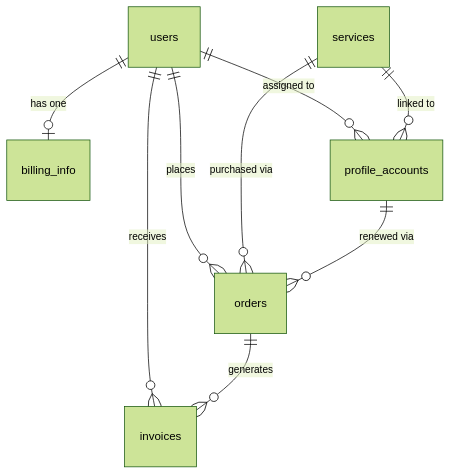
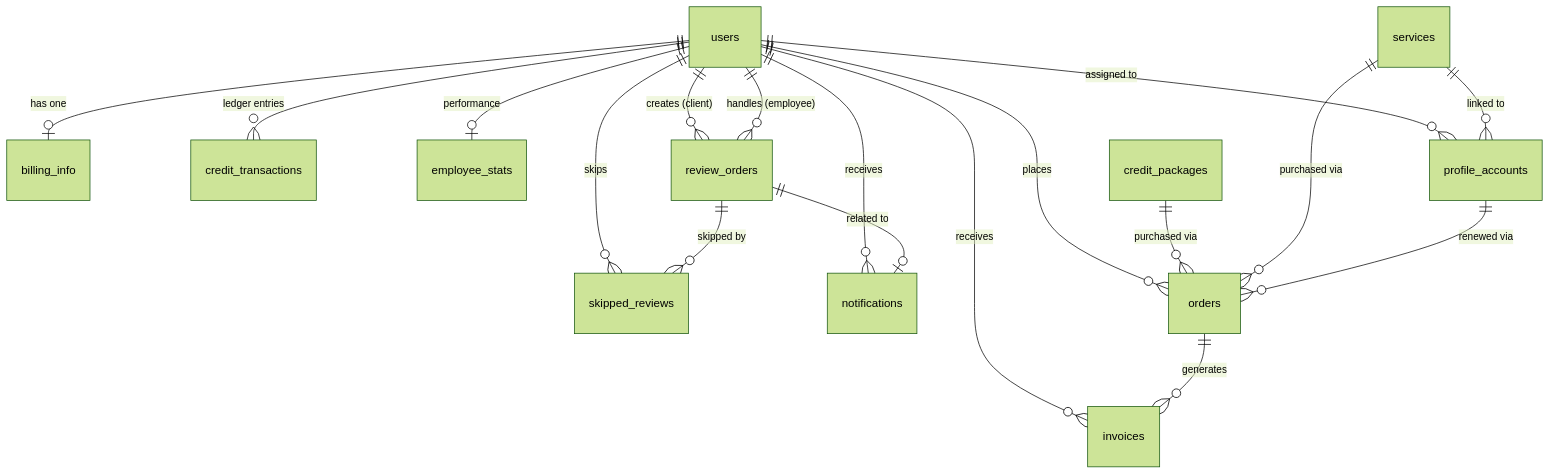
The second of 2 diagrams in README.md (jakarea/boostbuddy-mvp), drawn with Mermaid (forest theme) before and after one commit. The commit also changed other lines of this file and 18 other files, not shown here.

First line of the commit message:
feat: add credits system, reviews workflow, and employee management

````diff
--- a/README.md
+++ b/README.md
@@ -103,13 +130,25 @@
 ```mermaid
 erDiagram
     users ||--o| billing_info : "has one"
+    users ||--o{ credit_transactions : "ledger entries"
+    users ||--o| employee_stats : "performance"
+    users ||--o{ review_orders : "creates (client)"
+    users ||--o{ review_orders : "handles (employee)"
+    users ||--o{ skipped_reviews : "skips"
+    users ||--o{ notifications : "receives"
+
     users ||--o{ profile_accounts : "assigned to"
     users ||--o{ orders : "places"
     users ||--o{ invoices : "receives"
-    
+
+    credit_packages ||--o{ orders : "purchased via"
+
     services ||--o{ profile_accounts : "linked to"
     services ||--o{ orders : "purchased via"
-    
+
+    review_orders ||--o{ skipped_reviews : "skipped by"
+    review_orders ||--o| notifications : "related to"
+
     orders ||--o{ invoices : "generates"
     profile_accounts ||--o{ orders : "renewed via"
 ```
````
